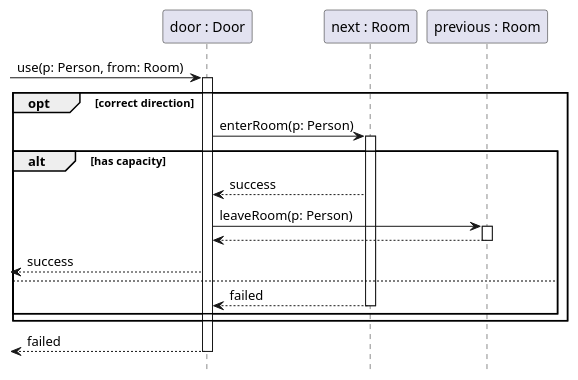
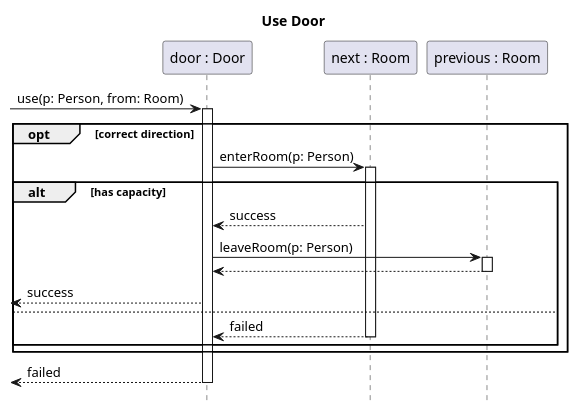
The diagram in docs/diagrams/sequence/door.puml (sn4k3ch4rm3r/logarlec), drawn with PlantUML before and after one commit. The commit also changed 8 other files, not shown here.

Commit message:
Added title to the diagrams

```diff
--- a/docs/diagrams/sequence/door.puml
+++ b/docs/diagrams/sequence/door.puml
@@ -1,21 +1,22 @@
 @startuml door
+title Use Door
 hide footbox
 participant "door : Door" as door
 participant "next : Room" as next
 participant "previous : Room" as prev
 
 [-> door ++: use(p: Person, from: Room) 
 opt correct direction
 	door -> next ++: enterRoom(p: Person)
 	alt has capacity
 		next --> door: success
 		door -> prev ++: leaveRoom(p: Person)
 		prev --> door --
 		[<-- door : success
 	else
 		next --> door --: failed
 	end
 end
 [<-- door --: failed
 
 @enduml
```
